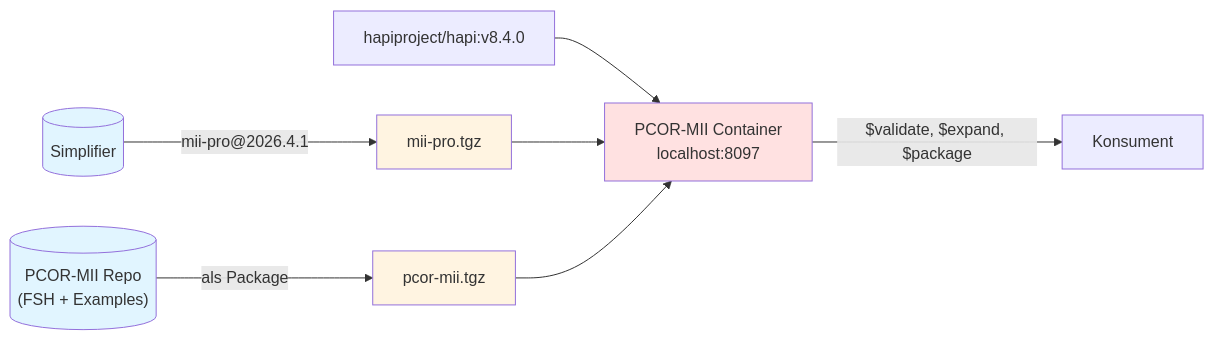
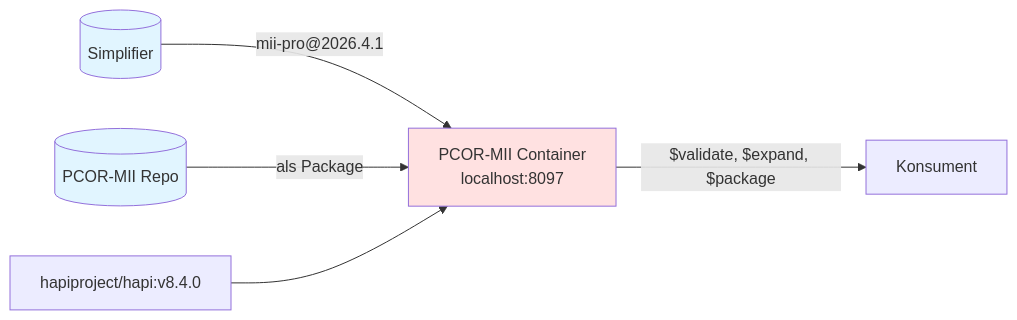
The first of 2 diagrams in input/pagecontent/Bereitstellung.md (BIH-CEI/PCOR-MII), drawn with Mermaid before and after one commit. The commit also changed other lines of this file, not shown here.

````diff
--- a/input/pagecontent/Bereitstellung.md
+++ b/input/pagecontent/Bereitstellung.md
@@ -7,16 +7,11 @@
 ```mermaid
 flowchart LR
-    SIMPLIFIER[("Simplifier")] -->|"mii-pro@2026.4.1"| MIIPRO["mii-pro.tgz"]
-    REPO[("PCOR-MII Repo<br/>(FSH + Examples)")] -->|"als Package"| PCOR["pcor-mii.tgz"]
+    SIMPLIFIER[("Simplifier")] -->|"mii-pro@2026.4.1"| HAPI
+    REPO[("PCOR-MII Repo")] -->|"als Package"| HAPI
     HAPI_BASE["hapiproject/hapi:v8.4.0"] --> HAPI["PCOR-MII Container<br/>localhost:8097"]
-    MIIPRO --> HAPI
-    PCOR --> HAPI
-
     HAPI -->|"$validate, $expand, $package"| CLIENT["Konsument"]
 
     style HAPI fill:#ffe1e1
-    style PCOR fill:#fff4e1
-    style MIIPRO fill:#fff4e1
     style SIMPLIFIER fill:#e1f5ff
     style REPO fill:#e1f5ff
 ```
````
